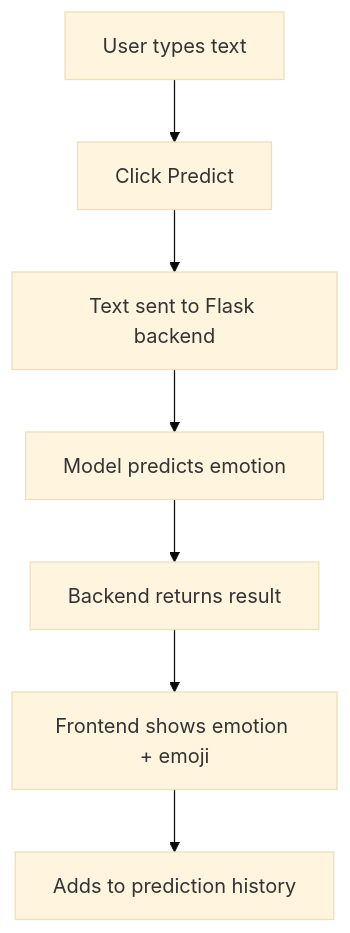
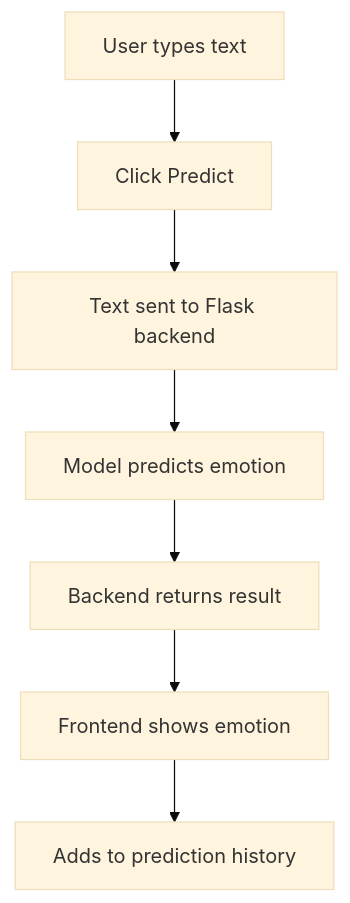
One commit to mihikkaS/MoodMirror changed the diagram in README.md. Above: the diagram before and after it, drawn with Mermaid (base theme).

````diff
--- a/README.md
+++ b/README.md
@@ -34,9 +34,9 @@
 ```mermaid
 graph TD;
     A[User types text] --> B[Click Predict];
     B --> C[Text sent to Flask backend];
     C --> D[Model predicts emotion];
     D --> E[Backend returns result];
-    E --> F[Frontend shows emotion + emoji];
+    E --> F[Frontend shows emotion];
     F --> G[Adds to prediction history];
 ```
````
